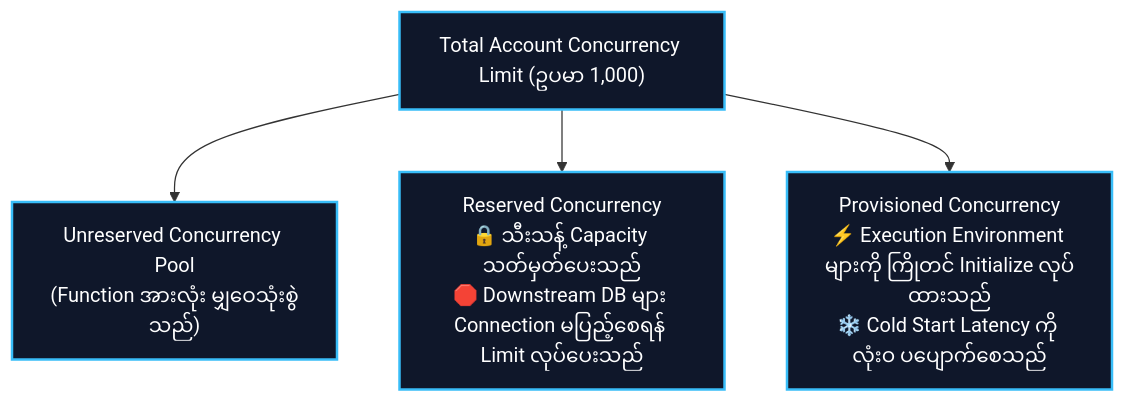
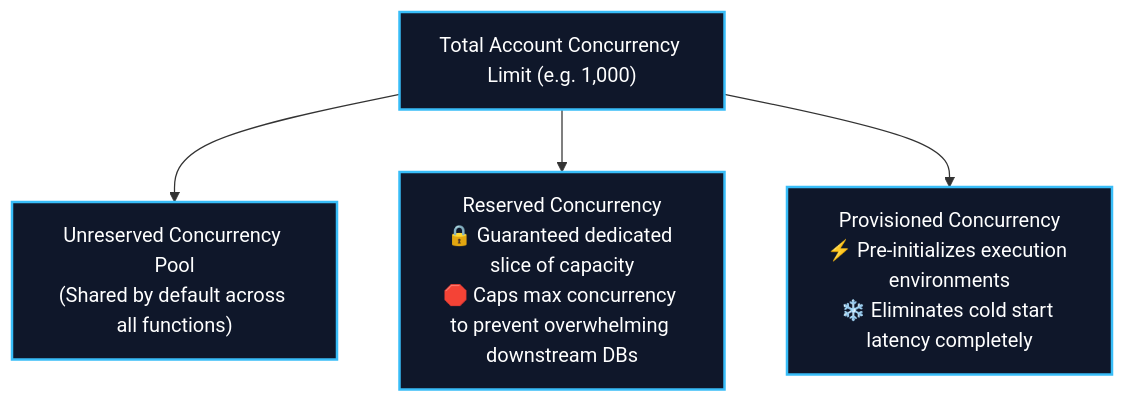
One commit to Wathon/aws-dea-c01-note changed the fifth of 7 diagrams in content/mm/02-services/compute-containers/lambda.md. Above: the diagram before and after it, drawn with Mermaid. The commit also changed other lines of this file and 41 other files, not shown here.

````diff
--- a/content/mm/02-services/compute-containers/lambda.md
+++ b/content/mm/02-services/compute-containers/lambda.md
@@ -193,11 +213,11 @@
 ```mermaid
 graph TD
-    ConcurrencyPool["Total Account Concurrency Limit (ဥပမာ 1,000)"]
+    ConcurrencyPool["Total Account Concurrency Limit (e.g. 1,000)"]
     
-    ConcurrencyPool --> Unreserved["Unreserved Concurrency Pool<br/>(Function အားလုံး မျှဝေသုံးစွဲသည်)"]
-    ConcurrencyPool --> Reserved["Reserved Concurrency<br/>🔒 သီးသန့် Capacity သတ်မှတ်ပေးသည်<br/>🛑 Downstream DB များ Connection မပြည့်စေရန် Limit လုပ်ပေးသည်"]
-    ConcurrencyPool --> Provisioned["Provisioned Concurrency<br/>⚡ Execution Environment များကို ကြိုတင် Initialize လုပ်ထားသည်<br/>❄️ Cold Start Latency ကို လုံးဝ ပပျောက်စေသည်"]
+    ConcurrencyPool --> Unreserved["Unreserved Concurrency Pool<br/>(Shared by default across all functions)"]
+    ConcurrencyPool --> Reserved["Reserved Concurrency<br/>🔒 Guaranteed dedicated slice of capacity<br/>🛑 Caps max concurrency to prevent overwhelming downstream DBs"]
+    ConcurrencyPool --> Provisioned["Provisioned Concurrency<br/>⚡ Pre-initializes execution environments<br/>❄️ Eliminates cold start latency completely"]
 
     classDef conc fill:#0f172a,stroke:#38bdf8,stroke-width:2px,color:#fff;
     class ConcurrencyPool,Unreserved,Reserved,Provisioned conc;
 ```
````
